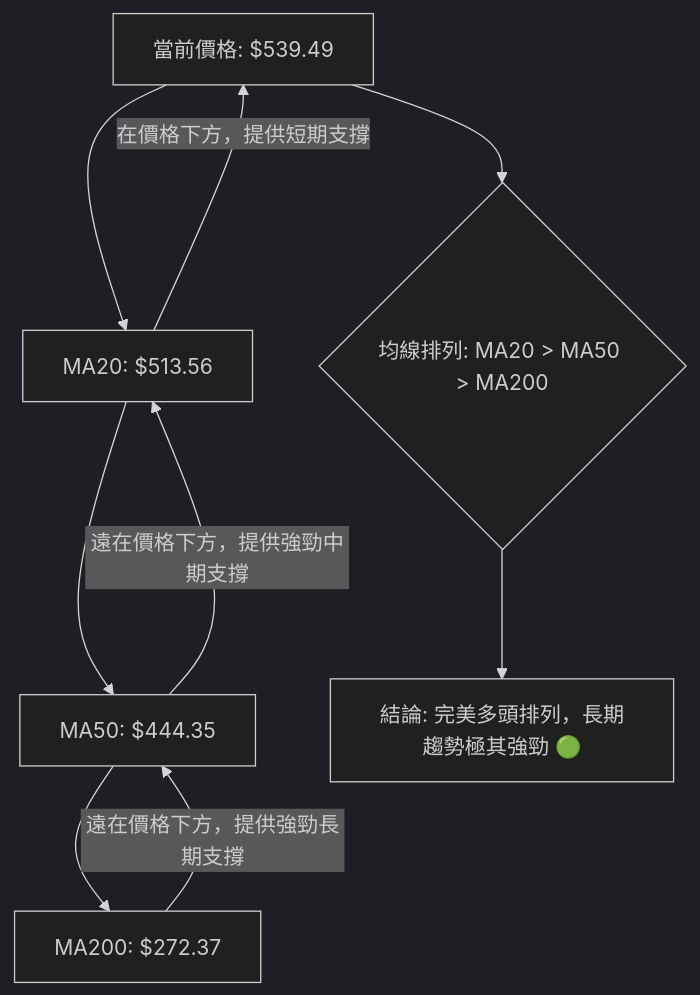
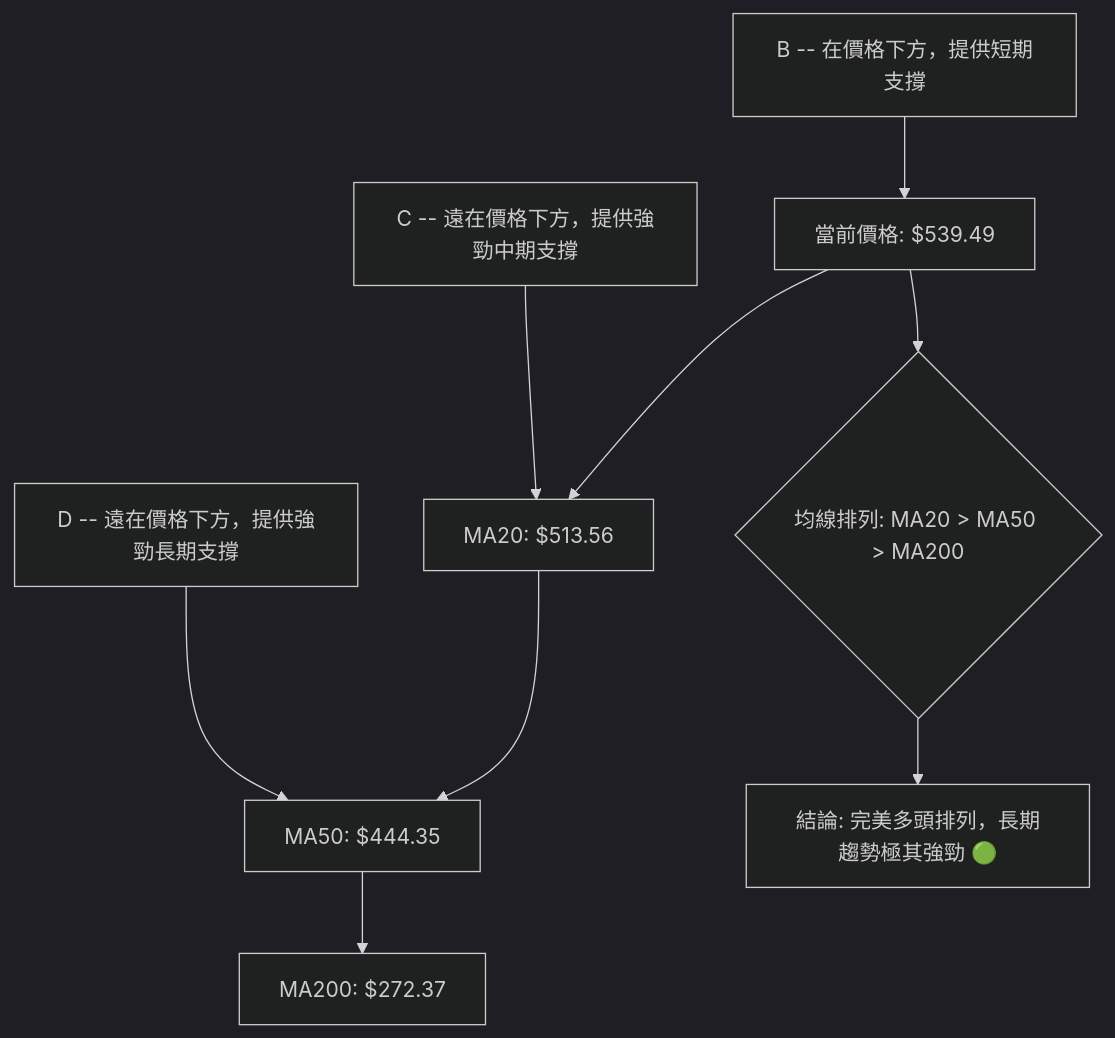
One commit to yennanliu/finance_data changed the sixth of 9 diagrams in ai_gen_report/stock/amd/technical_analysis_2026-06-30_gemini.md. Above: the diagram before and after it, drawn with Mermaid (dark theme). The commit also changed other lines of this file and 2258 other files, not shown here.

First line of the commit message:
chore: backfill Mermaid syntax repair across existing reports

````diff
--- a/ai_gen_report/stock/amd/technical_analysis_2026-06-30_gemini.md
+++ b/ai_gen_report/stock/amd/technical_analysis_2026-06-30_gemini.md
@@ -492,13 +492,13 @@
 ```mermaid
 graph TD
-    A[當前價格: $539.49] --> B[MA20: $513.56]
-    B --> C[MA50: $444.35]
-    C --> D[MA200: $272.37]
+    A["當前價格: $539.49"] --> B["MA20: $513.56"]
+    B --> C["MA50: $444.35"]
+    C --> D["MA200: $272.37"]
 
-    D -- 遠在價格下方，提供強勁長期支撐 --> C
-    C -- 遠在價格下方，提供強勁中期支撐 --> B
-    B -- 在價格下方，提供短期支撐 --> A
+    nb1["D -- 遠在價格下方，提供強勁長期支撐"] --> C
+    nb2["C -- 遠在價格下方，提供強勁中期支撐"] --> B
+    nb3["B -- 在價格下方，提供短期支撐"] --> A
 
     A --> Z{"均線排列: MA20 > MA50 > MA200"}
-    Z --> P[結論: 完美多頭排列，長期趨勢極其強勁 🟢]
+    Z --> P["結論: 完美多頭排列，長期趨勢極其強勁 🟢"]
 ```
````
